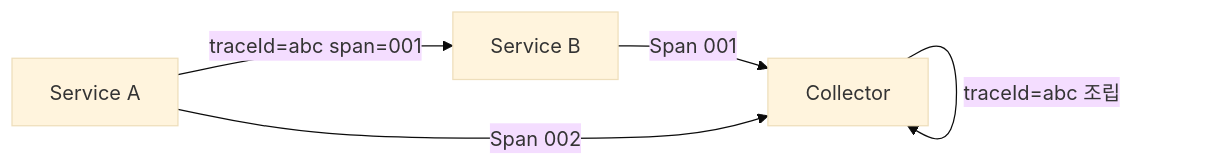
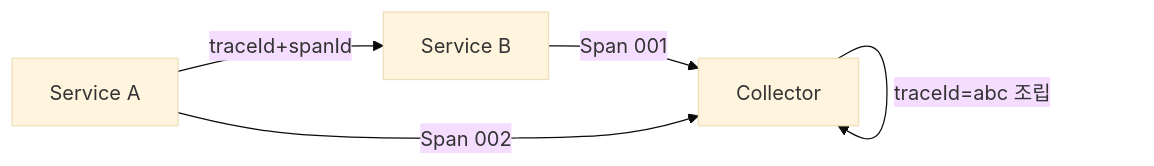
The second of 7 diagrams in _posts/monitoring/2026-05-03-distributed-tracing.md (yjkim2015/yjkim2015.github.io), drawn with Mermaid (base theme) before and after one commit. The commit also changed other lines of this file and 245 other files, not shown here.

First line of the commit message:
Mermaid 다이어그램 전면 수정 + 면접 포인트 접기/펼치기 + DB 데드락 페이지

````diff
--- a/_posts/monitoring/2026-05-03-distributed-tracing.md
+++ b/_posts/monitoring/2026-05-03-distributed-tracing.md
@@ -89,7 +89,7 @@
 ```mermaid
 graph LR
-    A["Service A"] -->|"traceId=abc span=001"| B["Service B"]
+    A["Service A"] -->|"traceId+spanId"| B["Service B"]
     B -->|"Span 001"| COL["Collector"]
     A -->|"Span 002"| COL
     COL -->|"traceId=abc 조립"| COL
 ```
````
